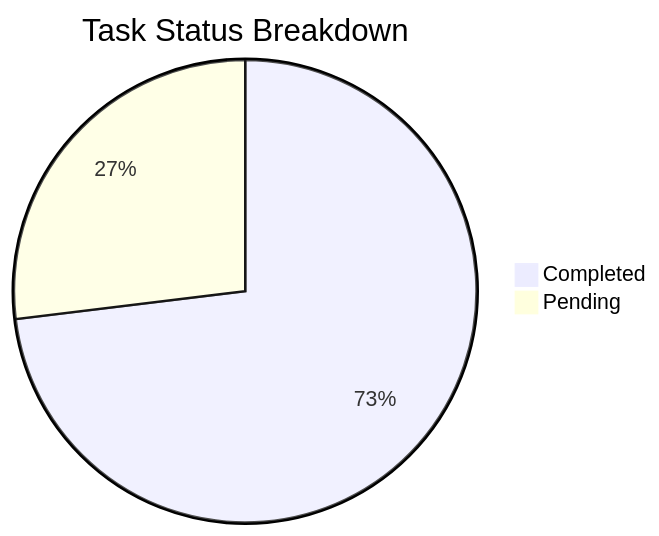
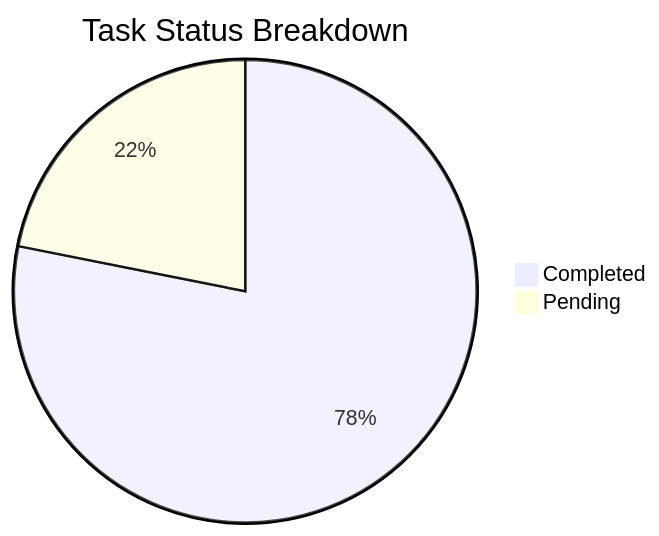
The first of 2 diagrams in Sanchay/Analytics.md (sagarms97/MyWorkDairy), drawn with Mermaid before and after one commit. The commit also changed other lines of this file and 6 other files, not shown here.

````diff
--- a/Sanchay/Analytics.md
+++ b/Sanchay/Analytics.md
@@ -12,5 +12,5 @@
 ```mermaid
 pie title Task Status Breakdown
-    "Completed" : 19
+    "Completed" : 25
     "Pending" : 7
 ```
````
